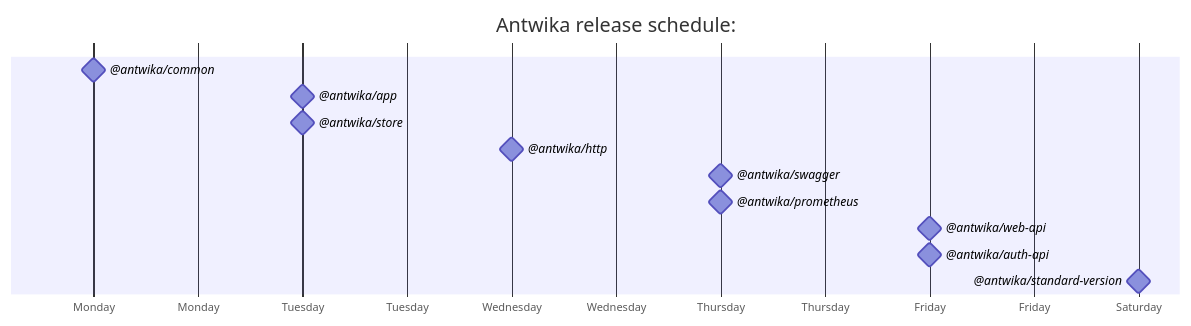
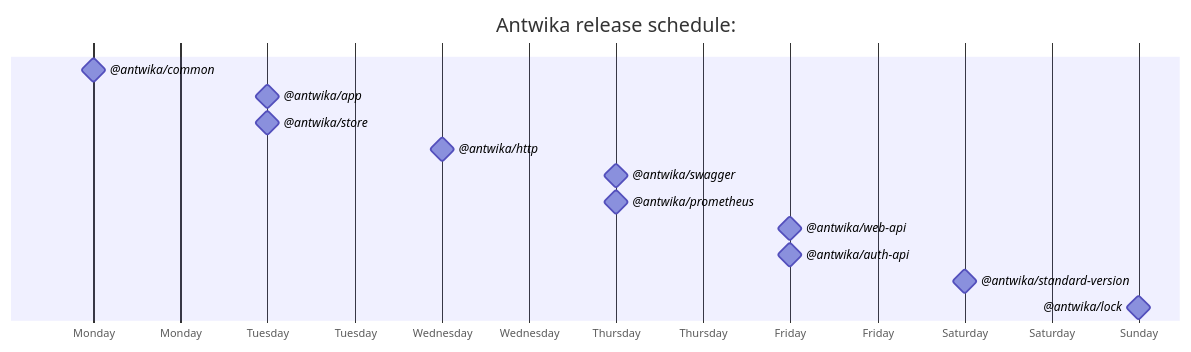
The diagram in profile/README.md (antwika/.github), drawn with Mermaid before and after one commit.

Commit message:
Add @antwika/lock to release schedule

````diff
--- a/profile/README.md
+++ b/profile/README.md
@@ -3,14 +3,15 @@
 ```mermaid
 gantt
   title Antwika release schedule:
   axisFormat %A
   @antwika/common           : milestone, 2022-07-04, 0d
   @antwika/app              : milestone, 2022-07-05, 0d
   @antwika/store            : milestone, 2022-07-05, 0d
   @antwika/http             : milestone, 2022-07-06, 0d
   @antwika/swagger          : milestone, 2022-07-07, 0d
   @antwika/prometheus       : milestone, 2022-07-07, 0d
   @antwika/web-api          : milestone, 2022-07-08, 0d
   @antwika/auth-api         : milestone, 2022-07-08, 0d
   @antwika/standard-version : milestone, 2022-07-09, 0d
+  @antwika/lock             : milestone, 2022-07-10, 0d
 ```
````
